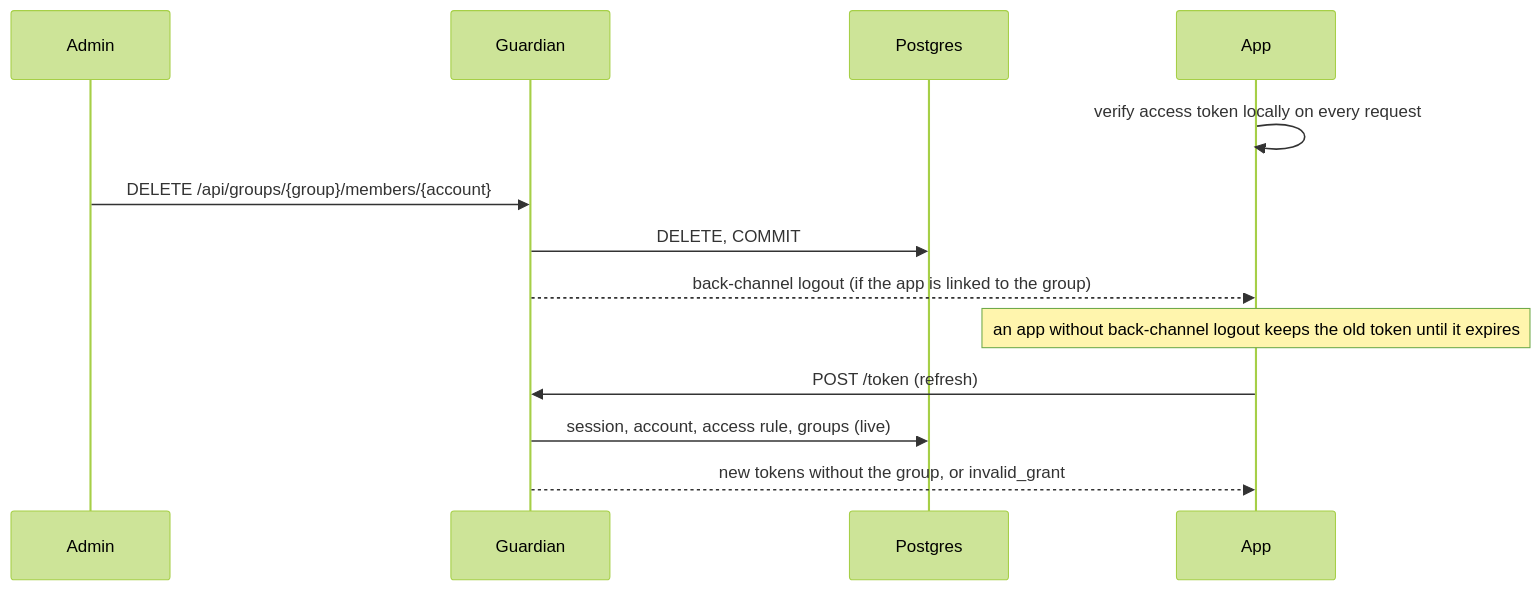
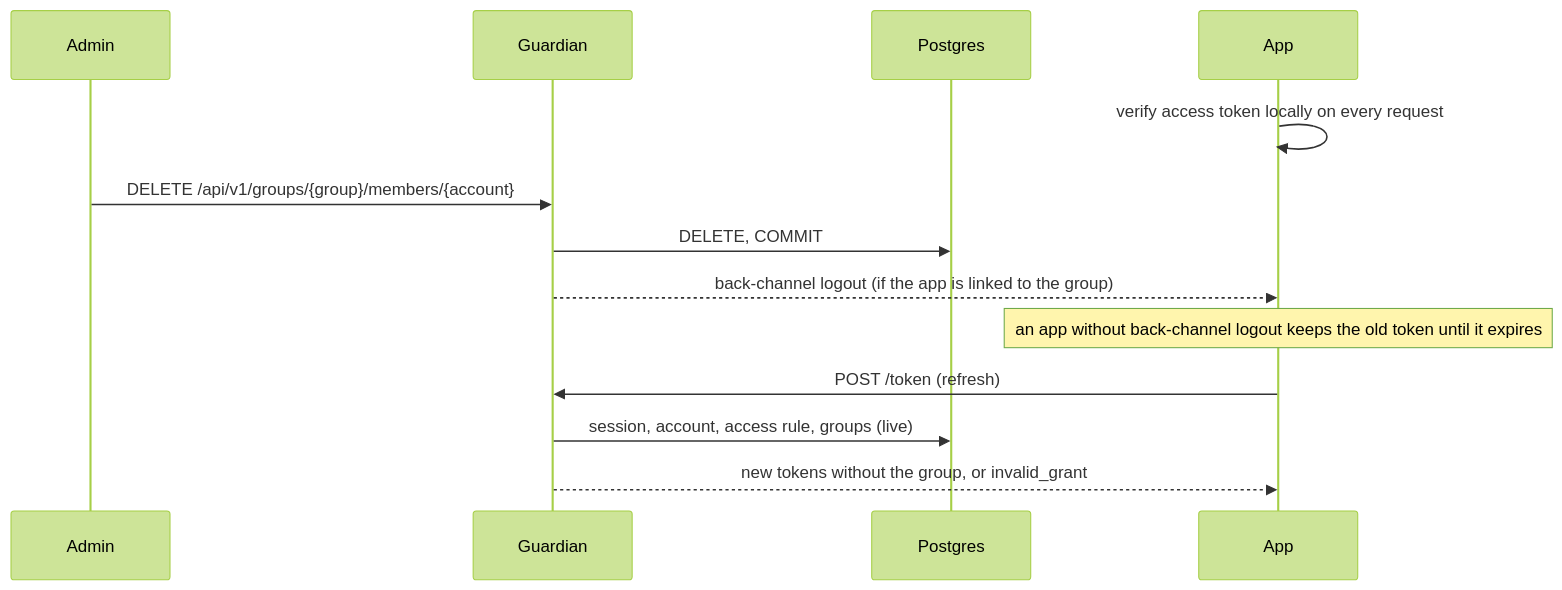
Before and after one commit to Krysset/Guardian: the third of 4 diagrams in docs/ARCHITECTURE.md, drawn with Mermaid (forest theme). The commit also changed 27 other files, not shown here.

````diff
--- a/docs/ARCHITECTURE.md
+++ b/docs/ARCHITECTURE.md
@@ -97,15 +97,15 @@
 ```mermaid
 sequenceDiagram
   participant Ad as Admin
   participant G as Guardian
   participant D as Postgres
   participant A as App
   A->>A: verify access token locally on every request
-  Ad->>G: DELETE /api/groups/{group}/members/{account}
+  Ad->>G: DELETE /api/v1/groups/{group}/members/{account}
   G->>D: DELETE, COMMIT
   G-->>A: back-channel logout (if the app is linked to the group)
   Note over A: an app without back-channel logout keeps the old token until it expires
   A->>G: POST /token (refresh)
   G->>D: session, account, access rule, groups (live)
   G-->>A: new tokens without the group, or invalid_grant
 ```
````
